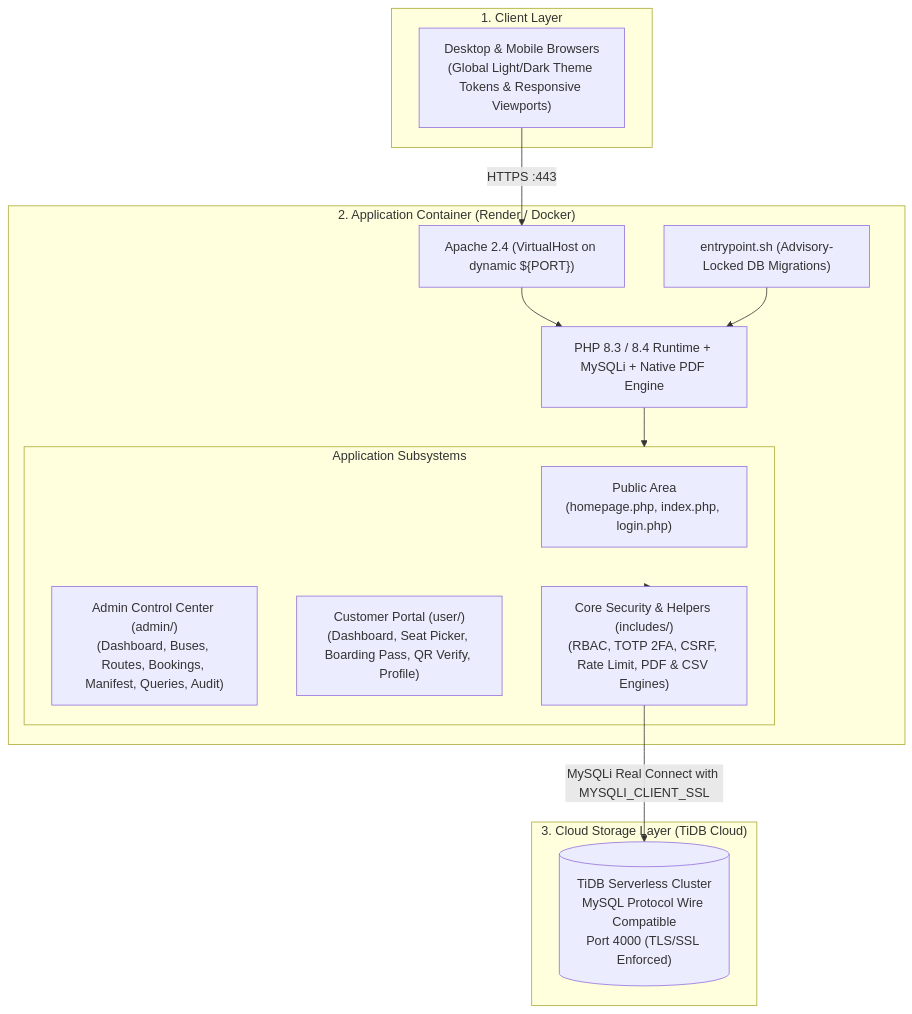
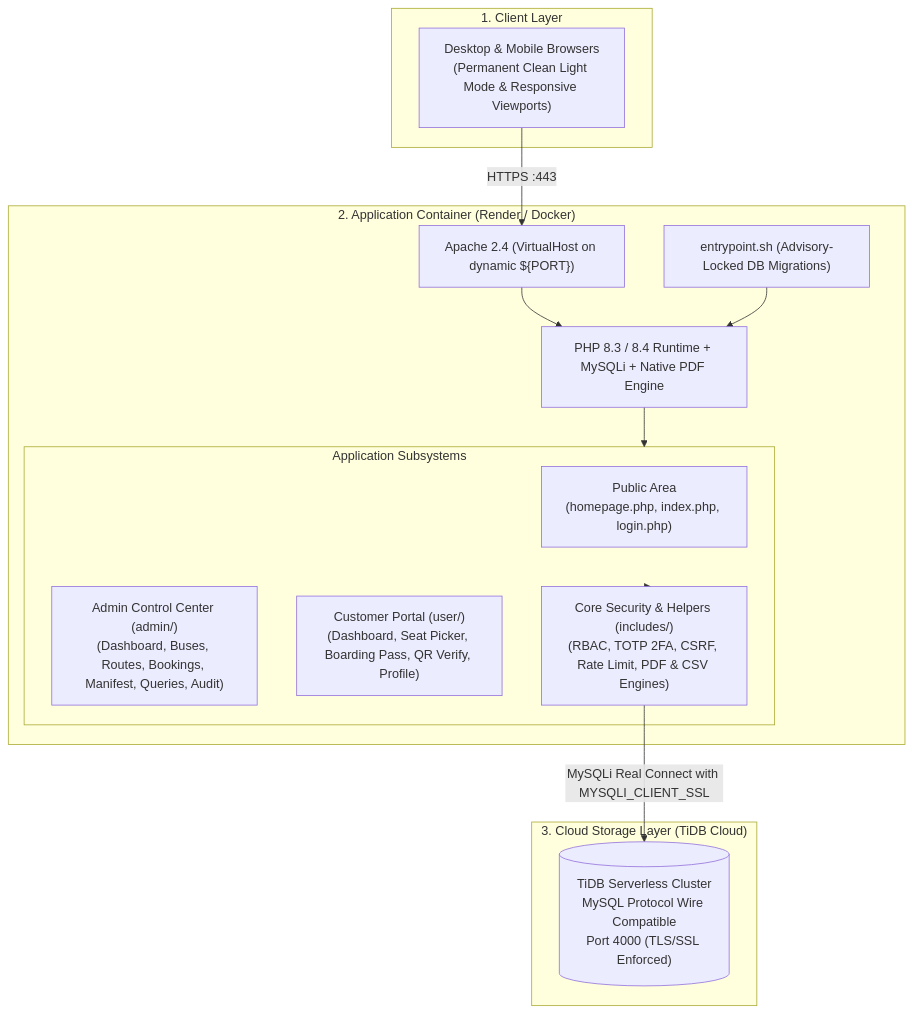
One commit to Jashan-randhawa/Bus-Resrvation changed the diagram in wiki/Architecture-and-System-Design.md. Above: the diagram before and after it, drawn with Mermaid. The commit also changed other lines of this file and 6 other files, not shown here.

Commit message:
docs(readme,wiki): document permanent clean light mode architecture and deprecate dark theme

````diff
--- a/wiki/Architecture-and-System-Design.md
+++ b/wiki/Architecture-and-System-Design.md
@@ -7,30 +7,30 @@
 ```mermaid
 flowchart TD
     subgraph ClientLayer ["1. Client Layer"]
-        Browser["Desktop & Mobile Browsers<br/>(Global Light/Dark Theme Tokens & Responsive Viewports)"]
+        Browser["Desktop & Mobile Browsers<br/>(Permanent Clean Light Mode & Responsive Viewports)"]
     end
 
     subgraph AppServer ["2. Application Container (Render / Docker)"]
         Apache["Apache 2.4 (VirtualHost on dynamic ${PORT})"]
         PHPMod["PHP 8.3 / 8.4 Runtime + MySQLi + Native PDF Engine"]
         Entrypoint["entrypoint.sh (Advisory-Locked DB Migrations)"]
         
         subgraph Subsystems ["Application Subsystems"]
             PublicArea["Public Area<br/>(homepage.php, index.php, login.php)"]
             AdminArea["Admin Control Center (admin/)<br/>(Dashboard, Buses, Routes, Bookings, Manifest, Queries, Audit)"]
             UserArea["Customer Portal (user/)<br/>(Dashboard, Seat Picker, Boarding Pass, QR Verify, Profile)"]
             CoreLib["Core Security & Helpers (includes/)<br/>(RBAC, TOTP 2FA, CSRF, Rate Limit, PDF & CSV Engines)"]
         end
     end
 
     subgraph DataLayer ["3. Cloud Storage Layer (TiDB Cloud)"]
         TiDBServerless[("TiDB Serverless Cluster<br/>MySQL Protocol Wire Compatible<br/>Port 4000 (TLS/SSL Enforced)")]
     end
 
     Browser -->|HTTPS :443| Apache
     Apache --> PHPMod
     Entrypoint --> PHPMod
     PHPMod --> Subsystems
     Subsystems --> CoreLib
     CoreLib -->|MySQLi Real Connect with MYSQLI_CLIENT_SSL| TiDBServerless
 ```
````
